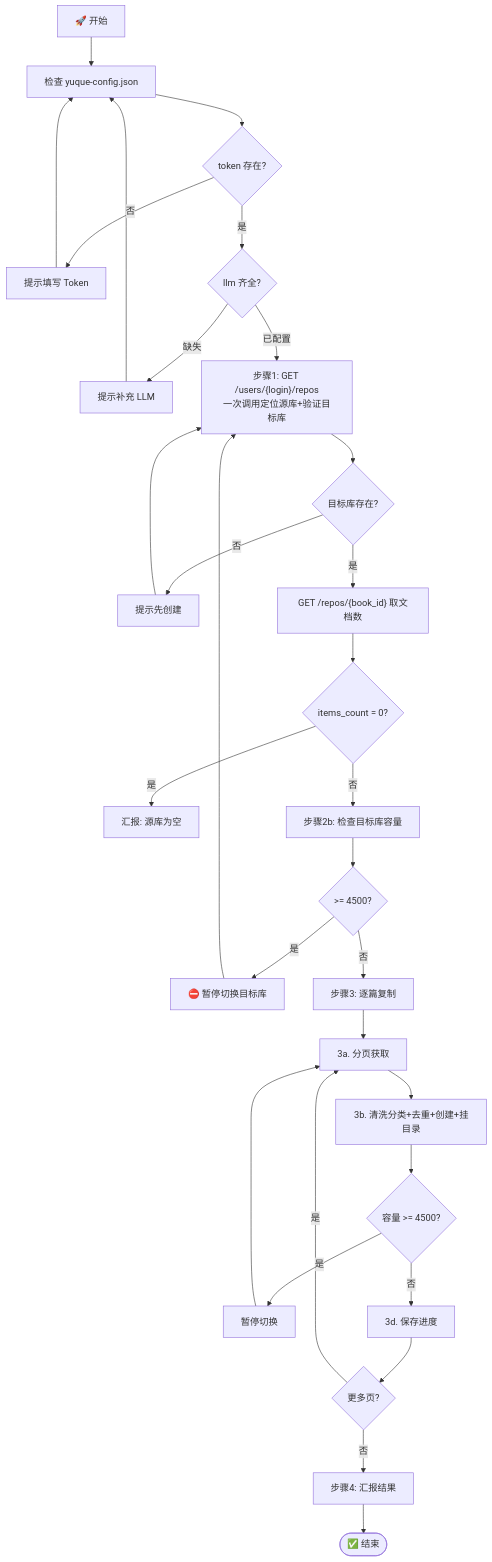
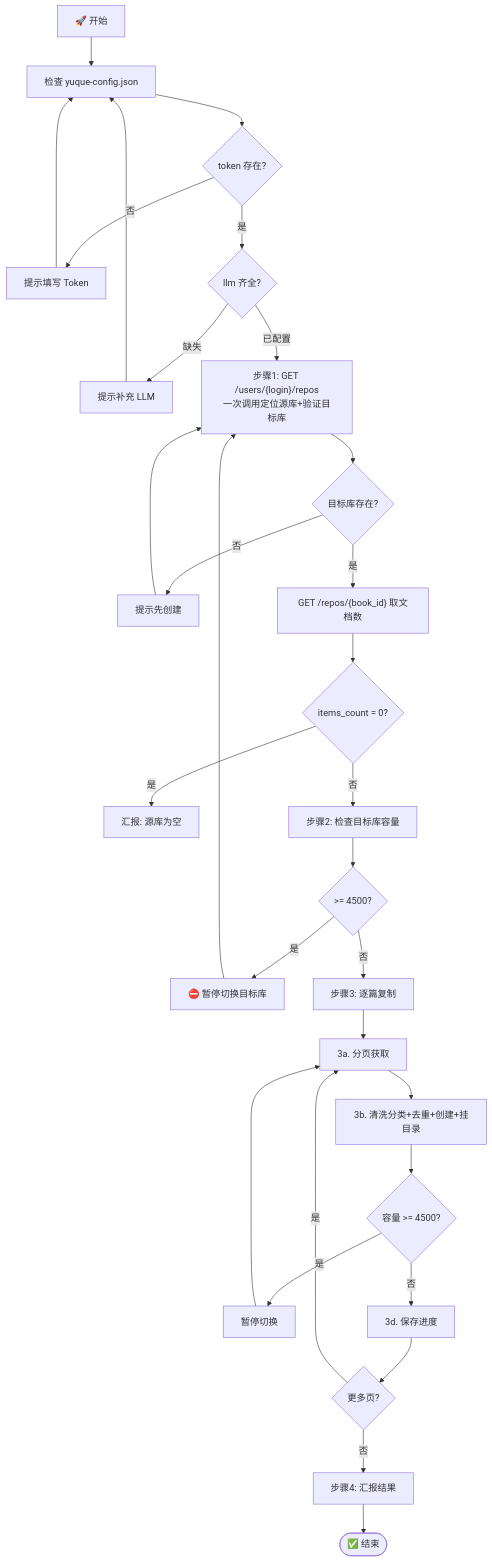
One commit to yehuoshun/yuque-migration-skill changed the first of 4 diagrams in README.md. Above: the diagram before and after it, drawn with Mermaid. The commit also changed other lines of this file and 2 other files, not shown here.

````diff
--- a/README.md
+++ b/README.md
@@ -189,27 +188,27 @@
 ```mermaid
 flowchart TD
     A["🚀 开始"] --> B["检查 yuque-config.json"]
     B --> B1{"token 存在?"}
     B1 -->|否| B1a["提示填写 Token"] --> B
     B1 -->|是| B2{"llm 齐全?"}
     B2 -->|缺失| B2a["提示补充 LLM"] --> B
     B2 -->|已配置| C["步骤1: GET /users/{login}/repos\n一次调用定位源库+验证目标库"]
     C --> C1{"目标库存在?"}
     C1 -->|否| C1a["提示先创建"] --> C
     C1 -->|是| C2["GET /repos/{book_id} 取文档数"]
     C2 --> C3{"items_count = 0?"}
     C3 -->|是| G["汇报: 源库为空"]
-    C3 -->|否| D["步骤2b: 检查目标库容量"]
+    C3 -->|否| D["步骤2: 检查目标库容量"]
     D --> D1{">= 4500?"}
     D1 -->|是| D1a["⛔ 暂停切换目标库"] --> C
     D1 -->|否| E["步骤3: 逐篇复制"]
     E --> E1["3a. 分页获取"]
     E1 --> E2["3b. 清洗分类+去重+创建+挂目录"]
     E2 --> E3{"容量 >= 4500?"}
     E3 -->|是| E3a["暂停切换"] --> E1
     E3 -->|否| E4["3d. 保存进度"]
     E4 --> E5{"更多页?"}
     E5 -->|是| E1
     E5 -->|否| F["步骤4: 汇报结果"]
     F --> H(["✅ 结束"])
 ```
````
